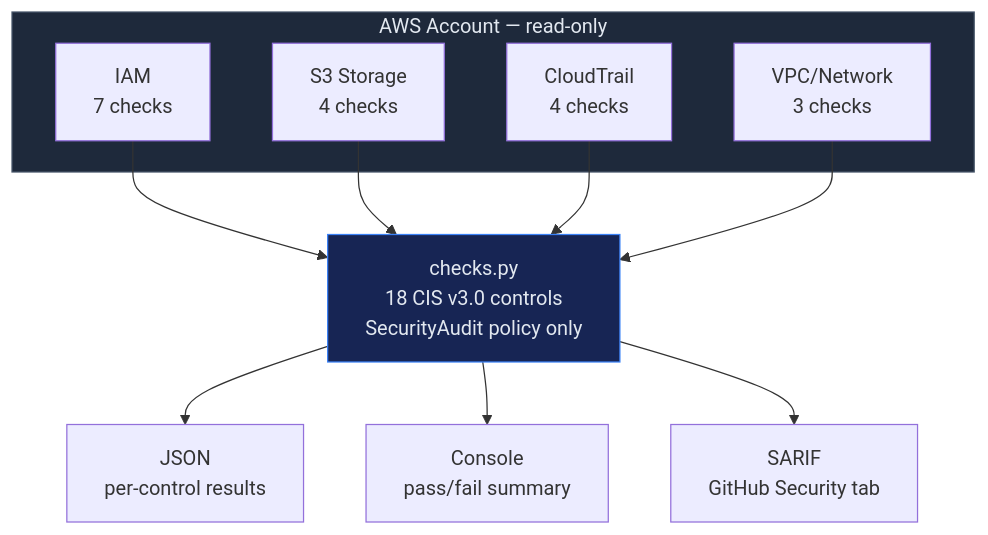
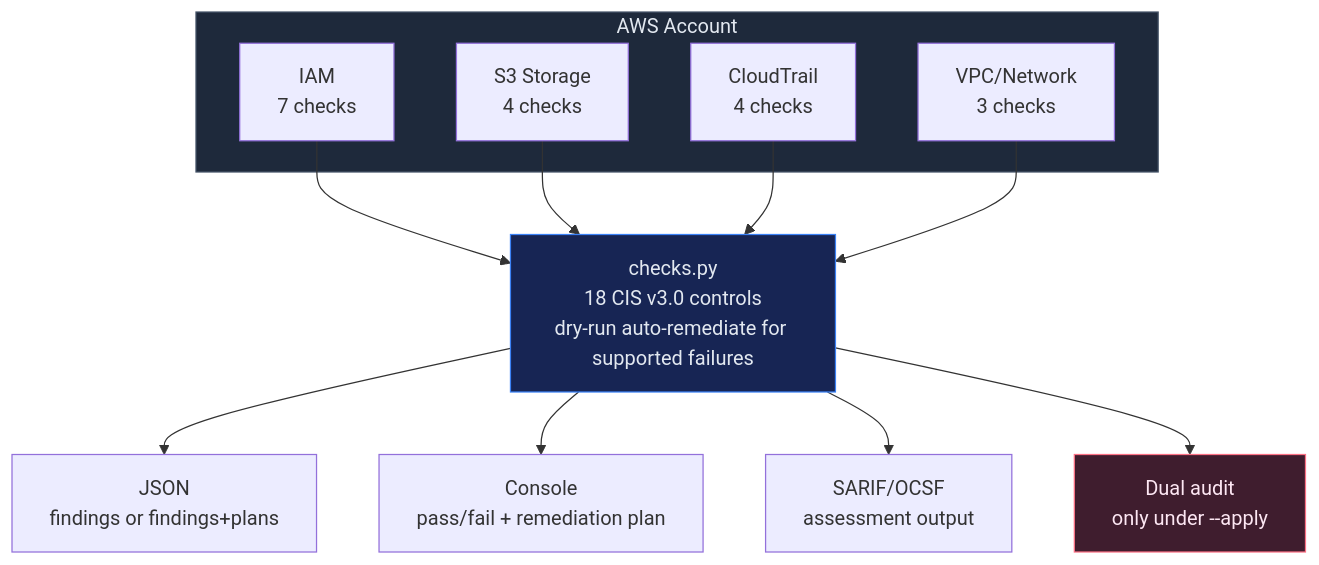
One commit to msaad00/cloud-ai-security-skills changed the diagram in skills/evaluation/cspm-aws-cis-benchmark/SKILL.md. Above: the diagram before and after it, drawn with Mermaid. The commit also changed other lines of this file and 7 other files, not shown here.

Commit message:
feat(cspm-aws): add guarded auto-remediation

````diff
--- a/skills/evaluation/cspm-aws-cis-benchmark/SKILL.md
+++ b/skills/evaluation/cspm-aws-cis-benchmark/SKILL.md
@@ -51,23 +68,25 @@
 ```mermaid
 flowchart TD
-    subgraph AWS["AWS Account — read-only"]
+    subgraph AWS["AWS Account"]
         IAM["IAM<br/>7 checks"]
         S3["S3 Storage<br/>4 checks"]
         CT["CloudTrail<br/>4 checks"]
         VPC["VPC/Network<br/>3 checks"]
     end
 
-    CHK["checks.py<br/>18 CIS v3.0 controls<br/>SecurityAudit policy only"]
+    CHK["checks.py<br/>18 CIS v3.0 controls<br/>dry-run auto-remediate for supported failures"]
 
     IAM --> CHK
     S3 --> CHK
     CT --> CHK
     VPC --> CHK
 
-    CHK --> JSON["JSON<br/>per-control results"]
-    CHK --> CON["Console<br/>pass/fail summary"]
-    CHK --> SARIF["SARIF<br/>GitHub Security tab"]
+    CHK --> JSON["JSON<br/>findings or findings+plans"]
+    CHK --> CON["Console<br/>pass/fail + remediation plan"]
+    CHK --> SARIF["SARIF/OCSF<br/>assessment output"]
+    CHK --> AUD["Dual audit<br/>only under --apply"]
 
     style AWS fill:#1e293b,stroke:#475569,color:#e2e8f0
     style CHK fill:#172554,stroke:#3b82f6,color:#e2e8f0
+    style AUD fill:#3f1d2e,stroke:#fb7185,color:#fde7f3
 ```
````
